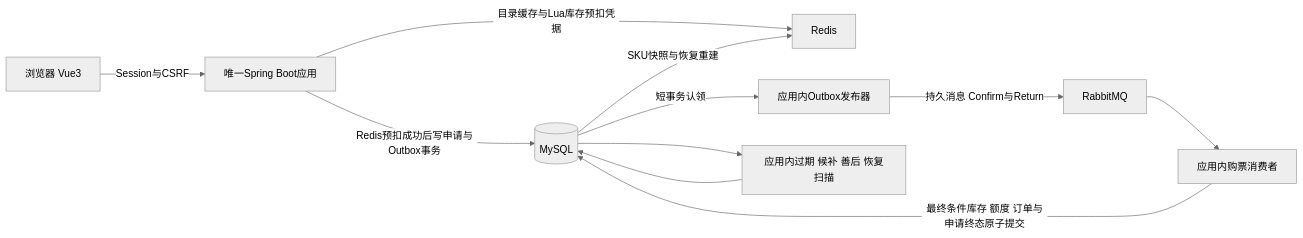
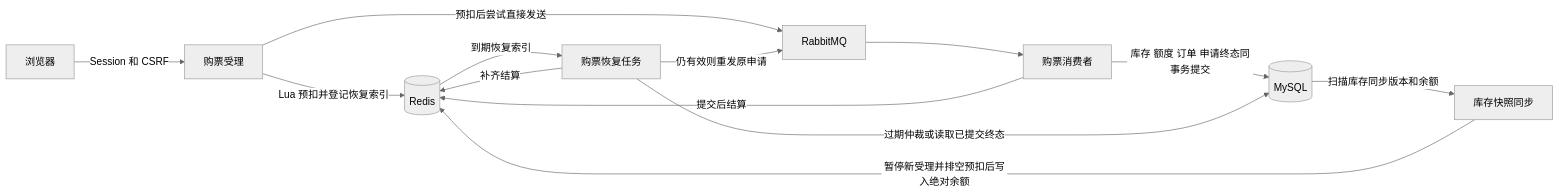
Before and after one commit to WGMJJM/ticketing: the diagram in docs/00-project-overview.md, drawn with Mermaid (neutral theme). The commit also changed other lines of this file and 4 other files, not shown here.

````diff
--- a/docs/00-project-overview.md
+++ b/docs/00-project-overview.md
@@ -7,13 +7,15 @@
 ```mermaid
 flowchart LR
-    U[浏览器 Vue3] -->|Session与CSRF| A[唯一Spring Boot应用]
-    A -->|目录缓存与Lua库存预扣凭据| R[Redis]
-    A -->|Redis预扣成功后写申请与Outbox事务| D[(MySQL)]
-    D -->|SKU快照与恢复重建| R
-    D -->|短事务认领| P[应用内Outbox发布器]
-    P -->|持久消息 Confirm与Return| Q[RabbitMQ]
-    Q --> C[应用内购票消费者]
-    C -->|最终条件库存 额度 订单与申请终态原子提交| D
-    D --> S[应用内过期 候补 善后 恢复扫描]
-    S --> D
+    U[浏览器] -->|Session 和 CSRF| A[购票受理]
+    A -->|Lua 预扣并登记恢复索引| R[(Redis)]
+    A -->|预扣后尝试直接发送| Q[RabbitMQ]
+    Q --> C[购票消费者]
+    C -->|库存 额度 订单 申请终态同事务提交| D[(MySQL)]
+    C -->|提交后结算| R
+    R -->|到期恢复索引| J[购票恢复任务]
+    J -->|仍有效则重发原申请| Q
+    J -->|过期仲裁或读取已提交终态| D
+    J -->|补齐结算| R
+    D -->|扫描库存同步版本和余额| S[库存快照同步]
+    S -->|暂停新受理并排空预扣后写入绝对余额| R
 ```
````
